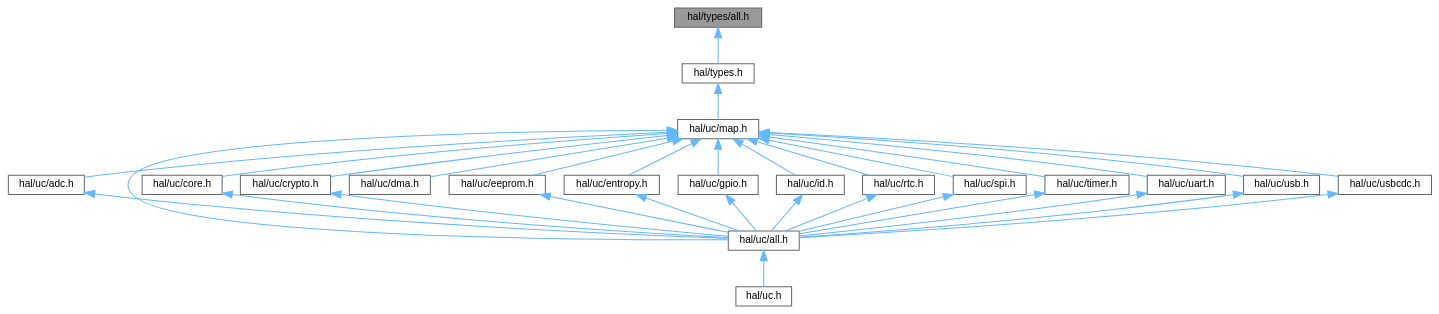
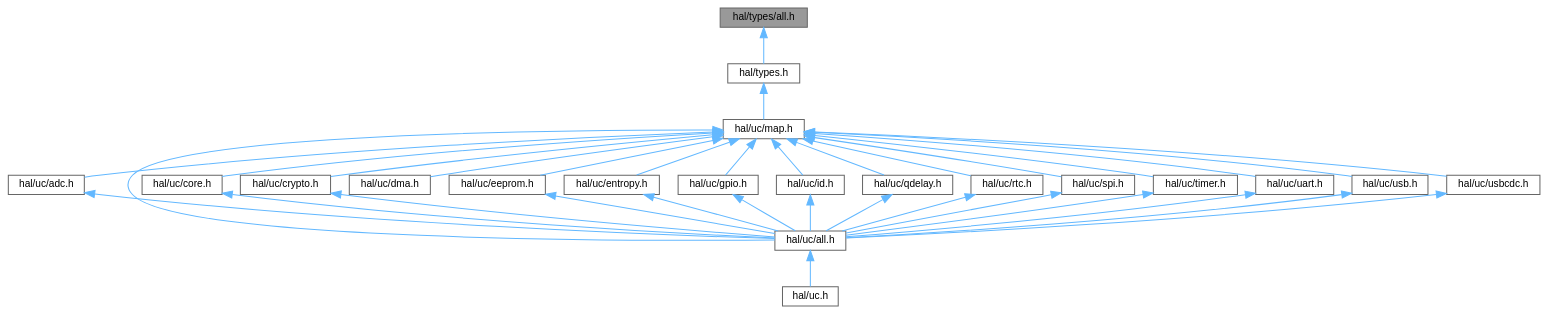
The diagram in types_2all_8h__dep__incl.dot (ebs-universe/piolib-hal-uc), drawn with Graphviz before and after one commit. The commit also changed 188 other files, not shown here.

```diff
--- a/types_2all_8h__dep__incl.dot
+++ b/types_2all_8h__dep__incl.dot
@@ -1,58 +1,61 @@
 digraph "hal/types/all.h"
 {
  // INTERACTIVE_SVG=YES
  // LATEX_PDF_SIZE
   bgcolor="transparent";
   edge [fontname=Helvetica,fontsize=10,labelfontname=Helvetica,labelfontsize=10];
   node [fontname=Helvetica,fontsize=10,shape=box,height=0.2,width=0.4];
   Node1 [id="Node000001",label="hal/types/all.h",height=0.2,width=0.4,color="gray40", fillcolor="grey60", style="filled", fontcolor="black",tooltip=" "];
   Node1 -> Node2 [id="edge1_Node000001_Node000002",dir="back",color="steelblue1",style="solid",tooltip=" "];
   Node2 [id="Node000002",label="hal/types.h",height=0.2,width=0.4,color="grey40", fillcolor="white", style="filled",URL="$types_8h.html",tooltip=" "];
   Node2 -> Node3 [id="edge2_Node000002_Node000003",dir="back",color="steelblue1",style="solid",tooltip=" "];
   Node3 [id="Node000003",label="hal/uc/map.h",height=0.2,width=0.4,color="grey40", fillcolor="white", style="filled",URL="$map_8h.html",tooltip="HAL for uC Peripheral Map."];
   Node3 -> Node4 [id="edge3_Node000003_Node000004",dir="back",color="steelblue1",style="solid",tooltip=" "];
   Node4 [id="Node000004",label="hal/uc/adc.h",height=0.2,width=0.4,color="grey40", fillcolor="white", style="filled",URL="$uc_2adc_8h.html",tooltip="HAL for uC Internal ADC interfaces."];
   Node4 -> Node5 [id="edge4_Node000004_Node000005",dir="back",color="steelblue1",style="solid",tooltip=" "];
   Node5 [id="Node000005",label="hal/uc/all.h",height=0.2,width=0.4,color="grey40", fillcolor="white", style="filled",URL="$uc_2all_8h.html",tooltip=" "];
   Node5 -> Node6 [id="edge5_Node000005_Node000006",dir="back",color="steelblue1",style="solid",tooltip=" "];
   Node6 [id="Node000006",label="hal/uc.h",height=0.2,width=0.4,color="grey40", fillcolor="white", style="filled",URL="$uc_8h.html",tooltip=" "];
   Node3 -> Node5 [id="edge6_Node000003_Node000005",dir="back",color="steelblue1",style="solid",tooltip=" "];
   Node3 -> Node7 [id="edge7_Node000003_Node000007",dir="back",color="steelblue1",style="solid",tooltip=" "];
   Node7 [id="Node000007",label="hal/uc/core.h",height=0.2,width=0.4,color="grey40", fillcolor="white", style="filled",URL="$core_8h.html",tooltip="HAL for uC Core peripherals."];
   Node7 -> Node5 [id="edge8_Node000007_Node000005",dir="back",color="steelblue1",style="solid",tooltip=" "];
   Node3 -> Node8 [id="edge9_Node000003_Node000008",dir="back",color="steelblue1",style="solid",tooltip=" "];
   Node8 [id="Node000008",label="hal/uc/crypto.h",height=0.2,width=0.4,color="grey40", fillcolor="white", style="filled",URL="$uc_2crypto_8h.html",tooltip=" "];
   Node8 -> Node5 [id="edge10_Node000008_Node000005",dir="back",color="steelblue1",style="solid",tooltip=" "];
   Node3 -> Node9 [id="edge11_Node000003_Node000009",dir="back",color="steelblue1",style="solid",tooltip=" "];
   Node9 [id="Node000009",label="hal/uc/dma.h",height=0.2,width=0.4,color="grey40", fillcolor="white", style="filled",URL="$uc_2dma_8h.html",tooltip="HAL for DMA."];
   Node3 -> Node10 [id="edge12_Node000003_Node000010",dir="back",color="steelblue1",style="solid",tooltip=" "];
   Node10 [id="Node000010",label="hal/uc/eeprom.h",height=0.2,width=0.4,color="grey40", fillcolor="white", style="filled",URL="$eeprom_8h.html",tooltip="HAL for uC EEPROM peripherals."];
   Node10 -> Node5 [id="edge13_Node000010_Node000005",dir="back",color="steelblue1",style="solid",tooltip=" "];
   Node3 -> Node11 [id="edge14_Node000003_Node000011",dir="back",color="steelblue1",style="solid",tooltip=" "];
   Node11 [id="Node000011",label="hal/uc/entropy.h",height=0.2,width=0.4,color="grey40", fillcolor="white", style="filled",URL="$entropy_8h.html",tooltip="HAL for uC entropy source."];
   Node11 -> Node5 [id="edge15_Node000011_Node000005",dir="back",color="steelblue1",style="solid",tooltip=" "];
   Node3 -> Node12 [id="edge16_Node000003_Node000012",dir="back",color="steelblue1",style="solid",tooltip=" "];
   Node12 [id="Node000012",label="hal/uc/gpio.h",height=0.2,width=0.4,color="grey40", fillcolor="white", style="filled",URL="$gpio_8h.html",tooltip="HAL for uC GPIOs."];
   Node12 -> Node5 [id="edge17_Node000012_Node000005",dir="back",color="steelblue1",style="solid",tooltip=" "];
   Node3 -> Node13 [id="edge18_Node000003_Node000013",dir="back",color="steelblue1",style="solid",tooltip=" "];
   Node13 [id="Node000013",label="hal/uc/id.h",height=0.2,width=0.4,color="grey40", fillcolor="white", style="filled",URL="$id_8h.html",tooltip="HAL for uC ID."];
   Node13 -> Node5 [id="edge19_Node000013_Node000005",dir="back",color="steelblue1",style="solid",tooltip=" "];
   Node3 -> Node14 [id="edge20_Node000003_Node000014",dir="back",color="steelblue1",style="solid",tooltip=" "];
-  Node14 [id="Node000014",label="hal/uc/rtc.h",height=0.2,width=0.4,color="grey40", fillcolor="white", style="filled",URL="$uc_2rtc_8h.html",tooltip="HAL for uC RTCs."];
+  Node14 [id="Node000014",label="hal/uc/qdelay.h",height=0.2,width=0.4,color="grey40", fillcolor="white", style="filled",URL="$uc_2qdelay_8h.html",tooltip="HAL for Quick Delay."];
   Node14 -> Node5 [id="edge21_Node000014_Node000005",dir="back",color="steelblue1",style="solid",tooltip=" "];
   Node3 -> Node15 [id="edge22_Node000003_Node000015",dir="back",color="steelblue1",style="solid",tooltip=" "];
-  Node15 [id="Node000015",label="hal/uc/spi.h",height=0.2,width=0.4,color="grey40", fillcolor="white", style="filled",URL="$spi_8h.html",tooltip="HAL for SPI interfaces."];
+  Node15 [id="Node000015",label="hal/uc/rtc.h",height=0.2,width=0.4,color="grey40", fillcolor="white", style="filled",URL="$uc_2rtc_8h.html",tooltip="HAL for uC RTCs."];
   Node15 -> Node5 [id="edge23_Node000015_Node000005",dir="back",color="steelblue1",style="solid",tooltip=" "];
   Node3 -> Node16 [id="edge24_Node000003_Node000016",dir="back",color="steelblue1",style="solid",tooltip=" "];
-  Node16 [id="Node000016",label="hal/uc/timer.h",height=0.2,width=0.4,color="grey40", fillcolor="white", style="filled",URL="$uc_2timer_8h.html",tooltip="HAL for uC Timers."];
+  Node16 [id="Node000016",label="hal/uc/spi.h",height=0.2,width=0.4,color="grey40", fillcolor="white", style="filled",URL="$spi_8h.html",tooltip="HAL for SPI interfaces."];
   Node16 -> Node5 [id="edge25_Node000016_Node000005",dir="back",color="steelblue1",style="solid",tooltip=" "];
   Node3 -> Node17 [id="edge26_Node000003_Node000017",dir="back",color="steelblue1",style="solid",tooltip=" "];
-  Node17 [id="Node000017",label="hal/uc/uart.h",height=0.2,width=0.4,color="grey40", fillcolor="white", style="filled",URL="$uc_2uart_8h.html",tooltip=" "];
+  Node17 [id="Node000017",label="hal/uc/timer.h",height=0.2,width=0.4,color="grey40", fillcolor="white", style="filled",URL="$uc_2timer_8h.html",tooltip="HAL for uC Timers."];
   Node17 -> Node5 [id="edge27_Node000017_Node000005",dir="back",color="steelblue1",style="solid",tooltip=" "];
   Node3 -> Node18 [id="edge28_Node000003_Node000018",dir="back",color="steelblue1",style="solid",tooltip=" "];
-  Node18 [id="Node000018",label="hal/uc/usb.h",height=0.2,width=0.4,color="grey40", fillcolor="white", style="filled",URL="$usb_8h.html",tooltip="HAL for USB interface."];
+  Node18 [id="Node000018",label="hal/uc/uart.h",height=0.2,width=0.4,color="grey40", fillcolor="white", style="filled",URL="$uc_2uart_8h.html",tooltip=" "];
   Node18 -> Node5 [id="edge29_Node000018_Node000005",dir="back",color="steelblue1",style="solid",tooltip=" "];
   Node3 -> Node19 [id="edge30_Node000003_Node000019",dir="back",color="steelblue1",style="solid",tooltip=" "];
-  Node19 [id="Node000019",label="hal/uc/usbcdc.h",height=0.2,width=0.4,color="grey40", fillcolor="white", style="filled",URL="$usbcdc_8h.html",tooltip="HAL for USB CDC interface."];
+  Node19 [id="Node000019",label="hal/uc/usb.h",height=0.2,width=0.4,color="grey40", fillcolor="white", style="filled",URL="$usb_8h.html",tooltip="HAL for USB interface."];
   Node19 -> Node5 [id="edge31_Node000019_Node000005",dir="back",color="steelblue1",style="solid",tooltip=" "];
+  Node3 -> Node20 [id="edge32_Node000003_Node000020",dir="back",color="steelblue1",style="solid",tooltip=" "];
+  Node20 [id="Node000020",label="hal/uc/usbcdc.h",height=0.2,width=0.4,color="grey40", fillcolor="white", style="filled",URL="$usbcdc_8h.html",tooltip="HAL for USB CDC interface."];
+  Node20 -> Node5 [id="edge33_Node000020_Node000005",dir="back",color="steelblue1",style="solid",tooltip=" "];
 }
```
